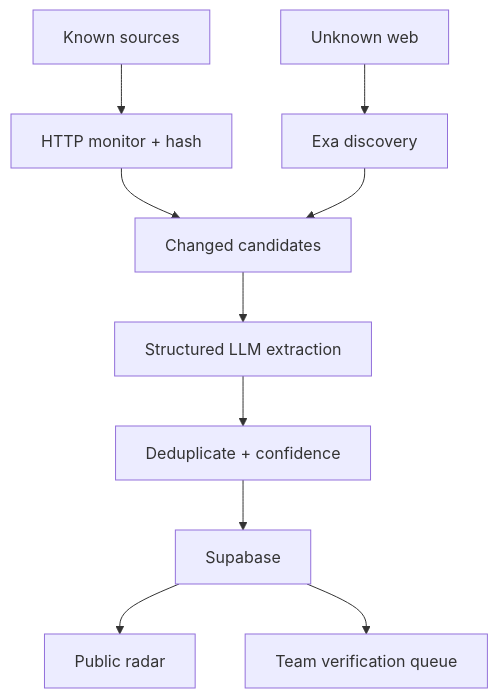
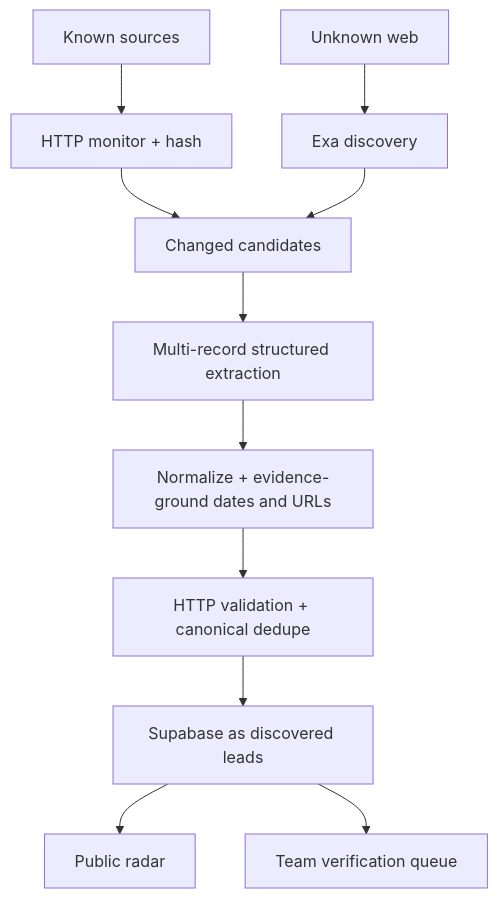
One commit to DanielSan-hub/cineradar changed the diagram in README.md. Above: the diagram before and after it, drawn with Mermaid. The commit also changed other lines of this file and 27 other files, not shown here.

````diff
--- a/README.md
+++ b/README.md
@@ -53,12 +59,13 @@
 ```mermaid
 flowchart TD
   A["Known sources"] --> B["HTTP monitor + hash"]
   C["Unknown web"] --> D["Exa discovery"]
   B --> E["Changed candidates"]
   D --> E
-  E --> F["Structured LLM extraction"]
-  F --> G["Deduplicate + confidence"]
-  G --> H["Supabase"]
+  E --> F["Multi-record structured extraction"]
+  F --> G["Normalize + evidence-ground dates and URLs"]
+  G --> K["HTTP validation + canonical dedupe"]
+  K --> H["Supabase as discovered leads"]
   H --> I["Public radar"]
   H --> J["Team verification queue"]
 ```
````
